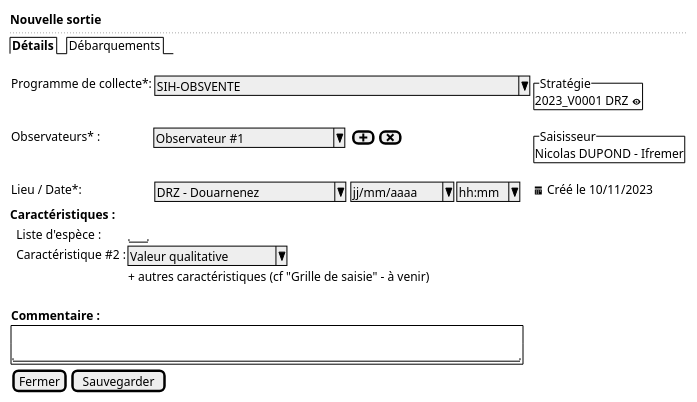
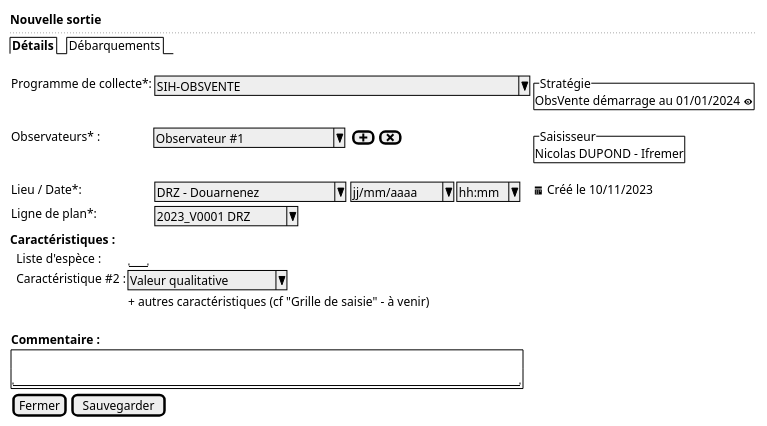
One commit to sumaris-net/sumaris-doc changed the diagram in projects/obsvente/spe/images/observed-location-new.puml. Above: the diagram before and after it, drawn with PlantUML. The commit also changed 6 other files, not shown here.

```diff
--- a/projects/obsvente/spe/images/observed-location-new.puml
+++ b/projects/obsvente/spe/images/observed-location-new.puml
@@ -1,39 +1,41 @@
 @startsalt
 {
   <b>Nouvelle sortie
   ..
   {/ <b>Détails | Débarquements }
   .
   {
 
       Programme de collecte*:    | { ^SIH-OBSVENTE                                 ^ } | * | {^"Stratégie"
 
-      2023_V0001 DRZ <&eye> }
+      ObsVente démarrage au 01/01/2024 <&eye> }
 
       Observateurs* :            | ^ Observateur #1       ^ | { [<&plus>] | [<&x>] } | {^"Saisisseur"
                                                                                                Nicolas DUPOND - Ifremer  }
 
       Lieu / Date*:     | { ^DRZ - Douarnenez      ^ } | { ^ jj/mm/aaaa^  |  ^ hh:mm^ } | <&calendar> Créé le 10/11/2023
+
+      Ligne de plan*:     | { ^ 2023_V0001 DRZ ^ }
 
   }
 
   <b>Caractéristiques :
 
   {
       . | Liste d'espèce :      | "  "
       . | Caractéristique #2 :  | ^Valeur qualitative^
       . | .                     | + autres caractéristiques (cf "Grille de saisie" - à venir)
       . | .
   }
 
   {
      <b>Commentaire :
 
      {+ .
         "                                                               "
      }
   }
 
   { [Fermer] | [Sauvegarder] }
 }
 @endsalt
```
